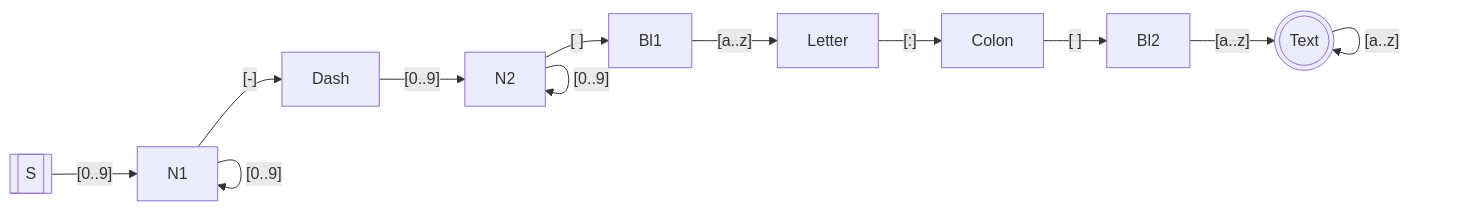
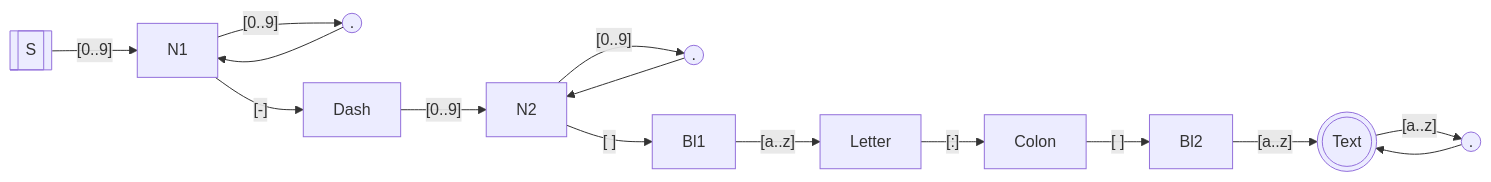
One commit to jepoen/screencasts changed the diagram in rust/adventofcode-2020/day02/README.md. Above: the diagram before and after it, drawn with Mermaid. The commit also changed other lines of this file, not shown here.

Commit message:
work-around for mermaid diagram

```diff
--- a/rust/adventofcode-2020/day02/README.md
+++ b/rust/adventofcode-2020/day02/README.md
@@ -29,17 +29,23 @@
 ~~~mermaid
 flowchart LR
 S[[S]]
 Text(((Text)))
+X1((.))
+X2((.))
+X3((.))
 
 S -->|"[0..9]"| N1
-N1 -->|"[0..9]"| N1
+N1 -->|"[0..9]"| X1
+X1 --> N1
 N1 -->|"[-]"| Dash
 Dash -->|"[0..9]"| N2
-N2 -->|"[0..9]"| N2
+N2 -->|"[0..9]"| X2
+X2 --> N2
 N2 -->|"[ ]"| Bl1
 Bl1 -->|"[a..z]"| Letter
 Letter -->|"[:]"| Colon
 Colon -->|"[ ]"| Bl2
 Bl2 -->|"[a..z]"| Text
-Text -->|"[a..z]"| Text
+Text -->|"[a..z]"| X3
+X3 --> Text
 ~~~
```
